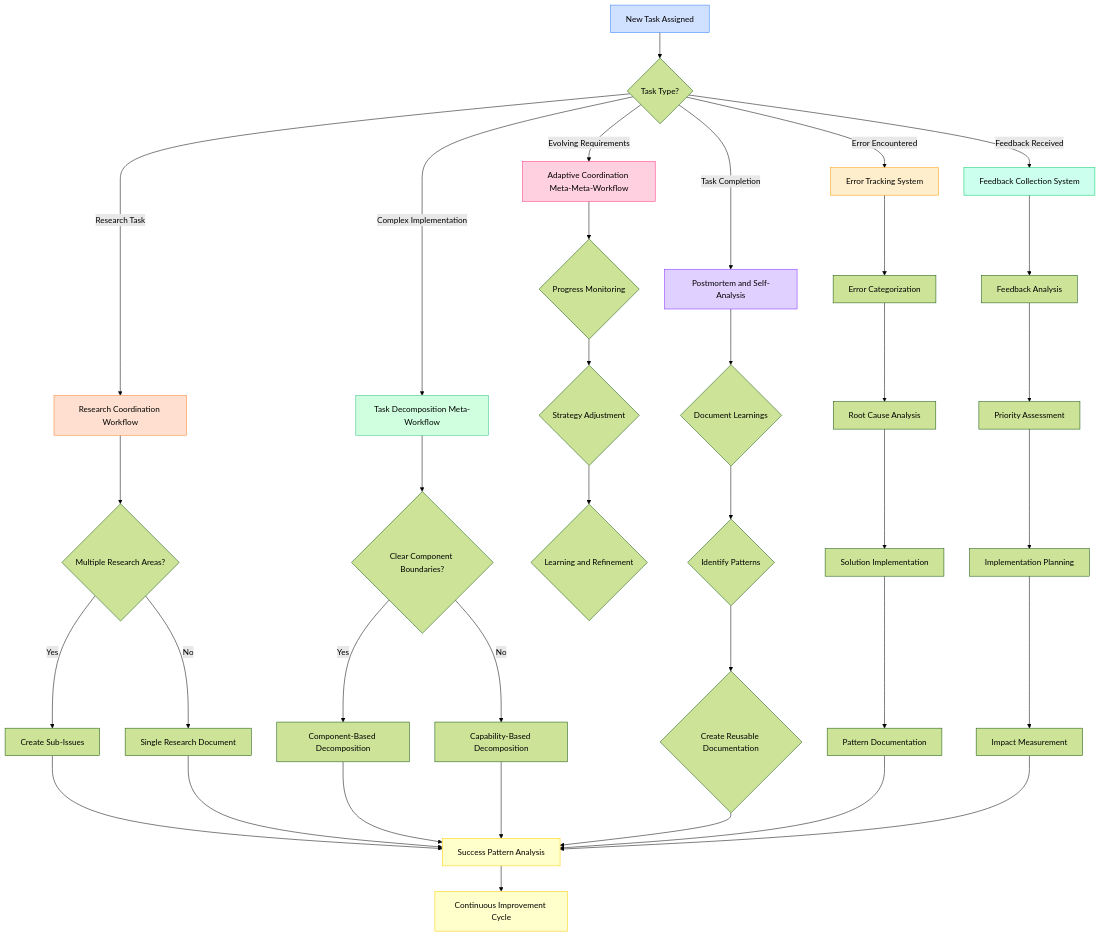
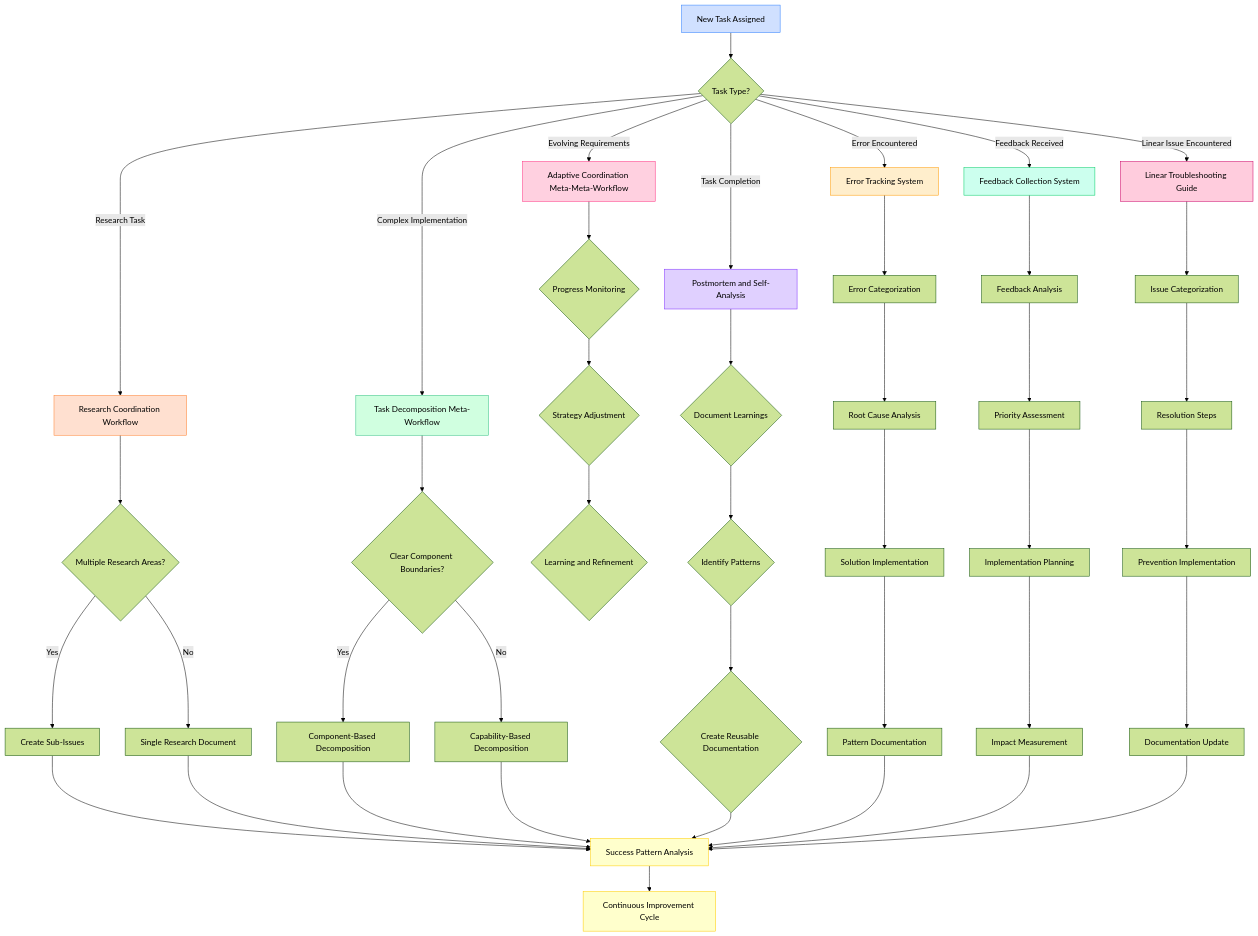
One commit to helaix/agient_ops changed the diagram in .cursor/rules/__START_HERE.mdc. Above: the diagram before and after it, drawn with Mermaid (forest theme). The commit also changed other lines of this file, not shown here.

First line of the commit message:
Integrate PR #10: Add Linear troubleshooting documentation to main entry point

````diff
--- a/.cursor/rules/__START_HERE.mdc
+++ b/.cursor/rules/__START_HERE.mdc
@@ -63,58 +76,66 @@
 ```mermaid
 graph TD
     A[New Task Assigned] --> B{Task Type?}
     
     B -->|Research Task| C[Research Coordination Workflow]
     B -->|Complex Implementation| D[Task Decomposition Meta-Workflow]
     B -->|Evolving Requirements| E[Adaptive Coordination Meta-Meta-Workflow]
     B -->|Task Completion| F[Postmortem and Self-Analysis]
     B -->|Error Encountered| G[Error Tracking System]
     B -->|Feedback Received| H[Feedback Collection System]
+    B -->|Linear Issue Encountered| I[Linear Troubleshooting Guide]
     
     C --> G1{Multiple Research Areas?}
     G1 -->|Yes| H1[Create Sub-Issues]
     G1 -->|No| I1[Single Research Document]
     
     D --> J1{Clear Component Boundaries?}
     J1 -->|Yes| K1[Component-Based Decomposition]
     J1 -->|No| L1[Capability-Based Decomposition]
     
     E --> M1{Progress Monitoring}
     M1 --> N1{Strategy Adjustment}
     N1 --> O1{Learning and Refinement}
     
     F --> P1{Document Learnings}
     P1 --> Q1{Identify Patterns}
     Q1 --> R1{Create Reusable Documentation}
     
     G --> S1[Error Categorization]
     S1 --> T1[Root Cause Analysis]
     T1 --> U1[Solution Implementation]
     U1 --> V1[Pattern Documentation]
     
     H --> W1[Feedback Analysis]
     W1 --> X1[Priority Assessment]
     X1 --> Y1[Implementation Planning]
     Y1 --> Z1[Impact Measurement]
     
+    I --> I2[Issue Categorization]
+    I2 --> I3[Resolution Steps]
+    I3 --> I4[Prevention Implementation]
+    I4 --> I5[Documentation Update]
+    
     %% Self-Improvement Integration Points
     H1 --> SI1[Success Pattern Analysis]
     I1 --> SI1
     K1 --> SI1
     L1 --> SI1
     R1 --> SI1
     V1 --> SI1
     Z1 --> SI1
+    I5 --> SI1
     
     SI1 --> SI2[Continuous Improvement Cycle]
     
     style A fill:#d0e0ff,stroke:#3080ff
     style C fill:#ffe0d0,stroke:#ff8030
     style D fill:#d0ffe0,stroke:#30c080
     style E fill:#ffd0e0,stroke:#ff3080
     style F fill:#e0d0ff,stroke:#8030ff
     style G fill:#ffeecc,stroke:#ff9900
     style H fill:#ccffee,stroke:#00cc66
+    style I fill:#ffccdd,stroke:#cc0066
     style SI1 fill:#ffffcc,stroke:#ffcc00
     style SI2 fill:#ffffcc,stroke:#ffcc00
 ```
````
